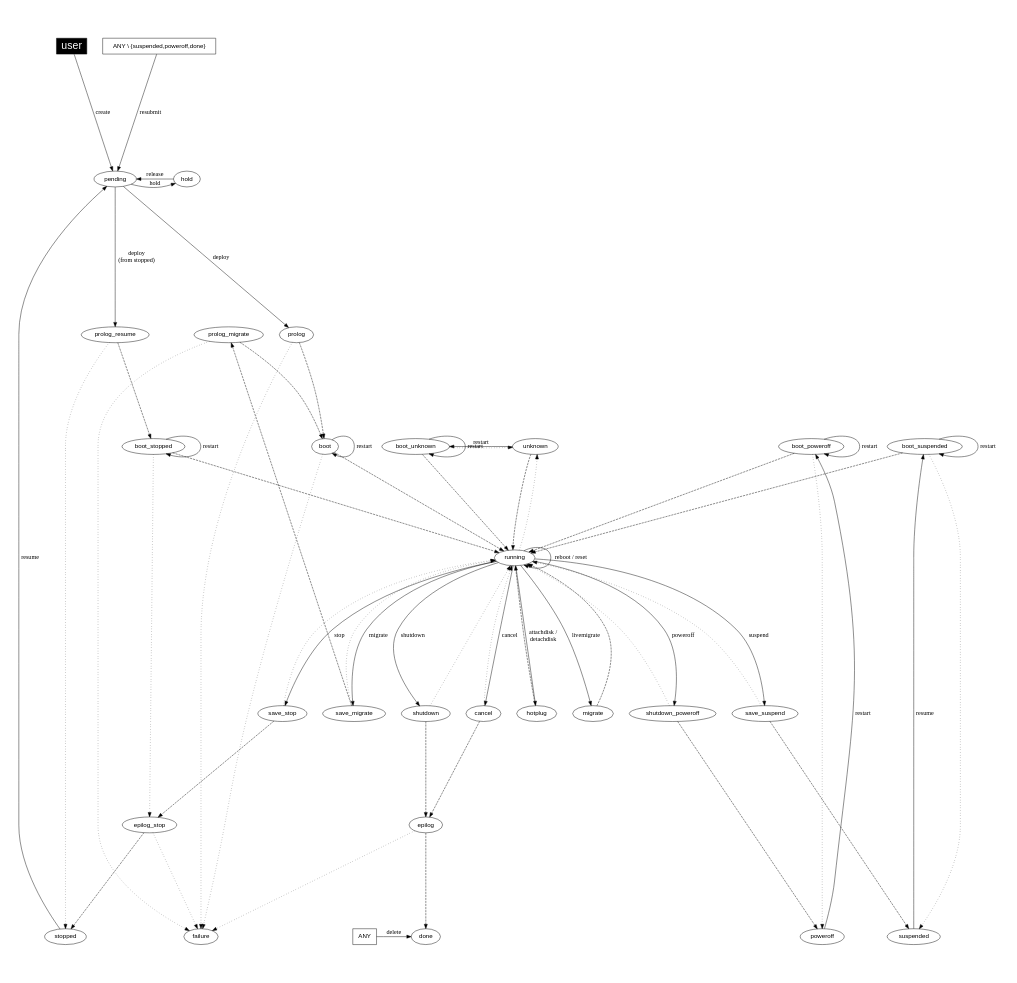
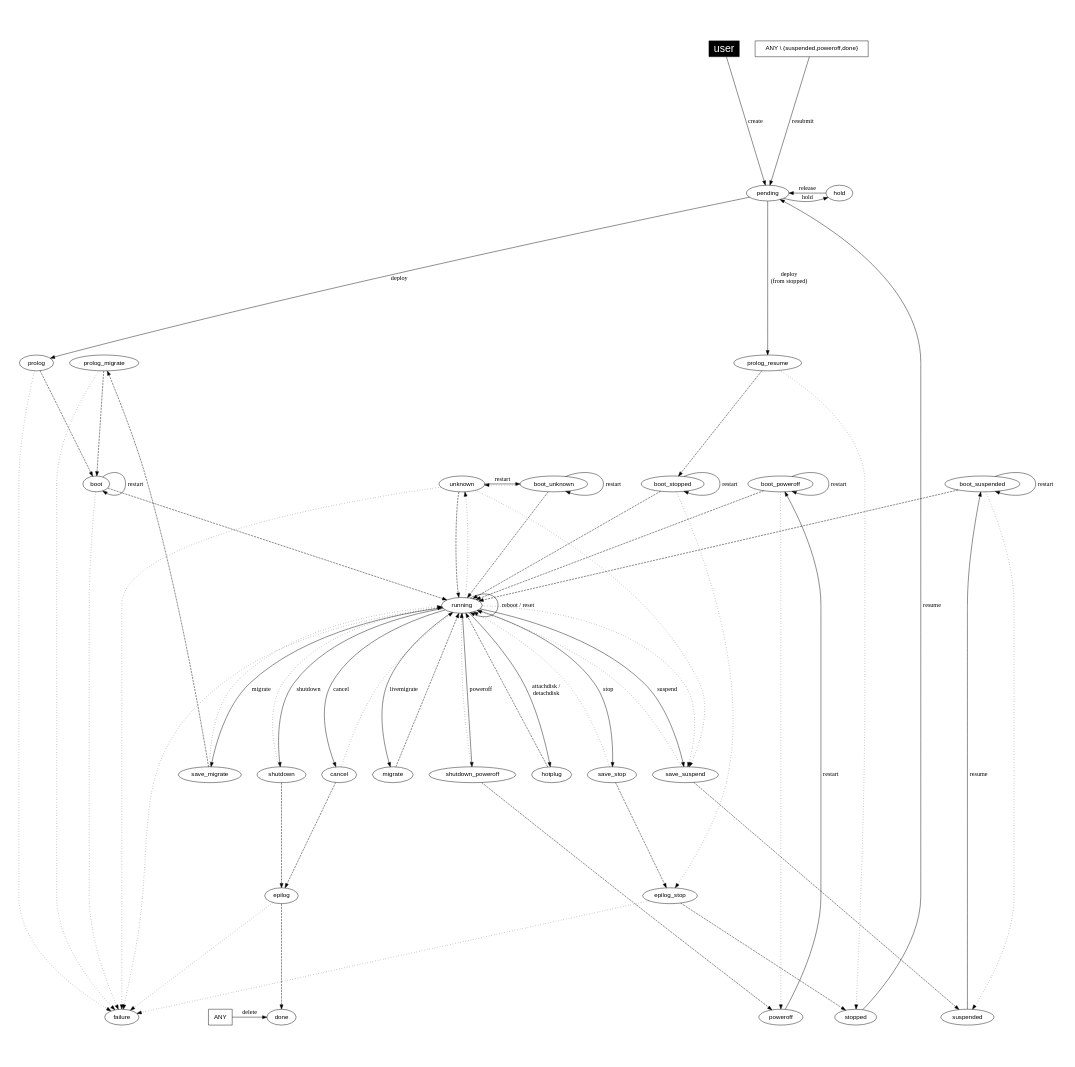
Before and after one commit to OpenNebula/one: the diagram in share/doc/states/states-complete.dot, drawn with Graphviz.

Commit message:
VM states diagram: add transitions lost in merge commit:ea98ae0

```diff
--- a/share/doc/states/states-complete.dot
+++ b/share/doc/states/states-complete.dot
@@ -1,136 +1,142 @@
 
 
 digraph OpenNebula {
     graph [
         nodesep=0.5,
         ratio=1,
         pad=0.5,
     ];
 
     node [fontname="Helvetica"];
     edge [fontname="Menlo"];
 
     user [
         fillcolor="black",
         style="filled", shape="box",
         fontcolor="white", fontsize= "24.0"];
 
     ANY [ shape="box" ];
     "ANY \\ {suspended,poweroff,done}" [ shape="box" ];
 
     subgraph { rank = min; user}
     subgraph { rank = same; boot; boot_stopped boot_suspended; boot_unknown; boot_poweroff; unknown; color="white"}
     subgraph { rank = same; pending; hold; color="white"}
     subgraph { rank = same; prolog; prolog_resume; prolog_migrate; color="white" }
 //    subgraph { rank = same; prolog; prolog_resume; prolog_migrate; save_migrate; color="white" }
 
     subgraph { rank = max; suspended; done; failure;
     stopped; poweroff; ANY; color="white" }
 //    stopped; poweroff; color="white" }
 
 #   create
     user -> pending [label="create"];
 
 #   deploy
     pending     -> prolog_resume [label="deploy\n(from stopped)"];
     prolog_resume -> boot_stopped [style="dashed"];
 
     pending     -> prolog [label="deploy"];
     prolog      -> boot [style="dashed"];
     boot        -> running [style="dashed"];
 
 #   shutdown
     running     -> shutdown [label="shutdown"];
     shutdown    -> epilog [style="dashed"];
     epilog      -> done [style="dashed"];
 
     shutdown    -> running [style="dotted"];
 
 #   poweroff
     running             -> shutdown_poweroff [label="poweroff"];
     shutdown_poweroff   -> poweroff [style="dashed"];
 
     shutdown_poweroff   -> running [style="dotted"];
 
 #   livemigrate
     running     -> migrate [label="livemigrate"];
     migrate     -> running [style="dashed"];
 
 #   migrate
     running         -> save_migrate [label="migrate"];
     save_migrate    -> prolog_migrate [style="dashed"];
     save_migrate    -> running [style="dotted"];
     prolog_migrate  -> boot [style="dashed"];
 
 #   hold
     pending     -> hold [label="hold"];
 
 #   release
     hold        -> pending [label="release"];
 
 #   stop
     running     -> save_stop [label="stop"];
     save_stop   -> epilog_stop [style="dashed"];
     save_stop   -> running [style="dotted"];
     epilog_stop -> stopped [style="dashed"];
 
 #   cancel
     running     -> cancel [label="cancel"];
     cancel      -> epilog [style="dashed"];
     cancel      -> running [style="dotted"];
 
 #   suspend
     running         -> save_suspend [label="suspend"];
     save_suspend    -> suspended [style="dashed"];
     save_suspend    -> running [style="dotted"];
 
 #   resume
     stopped         -> pending [label="resume"];
     boot_stopped    -> running [style="dashed"];
 
     suspended       -> boot_suspended [label="resume"];
     boot_suspended  -> running [style="dashed"];
 
 #   delete
     ANY         -> done [label="delete"];
 
 #   restart
     boot            -> boot [label="restart"];
     boot_suspended  -> boot_suspended [label="restart"];
     boot_stopped    -> boot_stopped [label="restart"];
 
     poweroff        -> boot_poweroff [label="restart"];
     boot_poweroff   -> boot_poweroff [label="restart"];
     boot_poweroff   -> running [style="dashed"];
 
     unknown         -> boot_unknown [label="restart"];
     boot_unknown    -> boot_unknown [label="restart"];
     boot_unknown    -> running [style="dashed"];
 
 #   reboot, reset
     running     -> running [label="reboot / reset"];
 
 #   attachdisk
     running     -> hotplug [label="attachdisk /\ndetachdisk"]
     hotplug     -> running [style="dashed"];
 
 #   resubmit
     "ANY \\ {suspended,poweroff,done}" -> pending [label="resubmit"];
 
 #   failures and misc.
     epilog_stop     -> failure [style="dotted"];
     epilog          -> failure [style="dotted"];
 
     prolog          -> failure [style="dotted"];
     prolog_migrate  -> failure [style="dotted"];
     prolog_resume   -> stopped [style="dotted"];
 
     boot            -> failure [style="dotted"];
     boot_poweroff   -> poweroff [style="dotted"];
     boot_unknown    -> unknown [style="dotted"];
     boot_suspended  -> suspended [style="dotted"];
     boot_stopped    -> epilog_stop [style="dotted"];
 
+    running -> failure [style="dotted"];
+    unknown -> failure [style="dotted"];
+
+    running -> save_suspend [style="dotted"];
+    unknown -> save_suspend [style="dotted"];
+
     running -> unknown [style="dotted"];
     unknown -> running [style="dashed"];
 }
```
